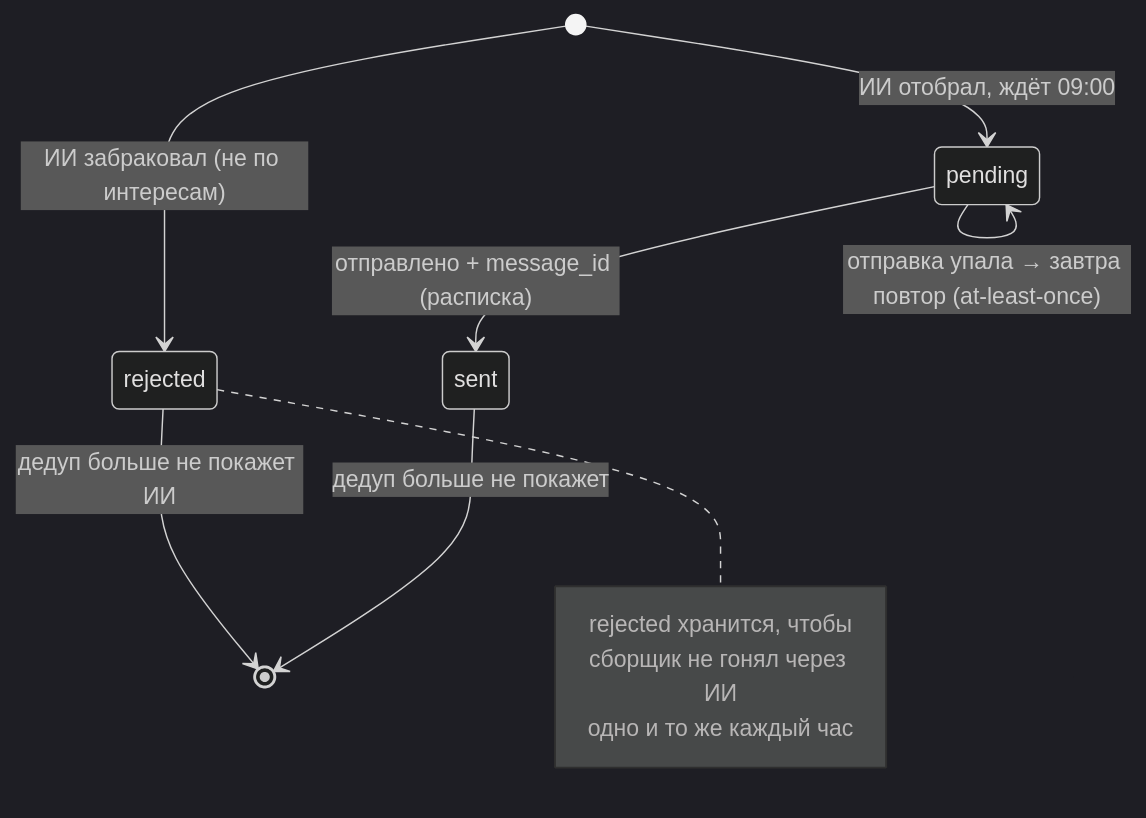
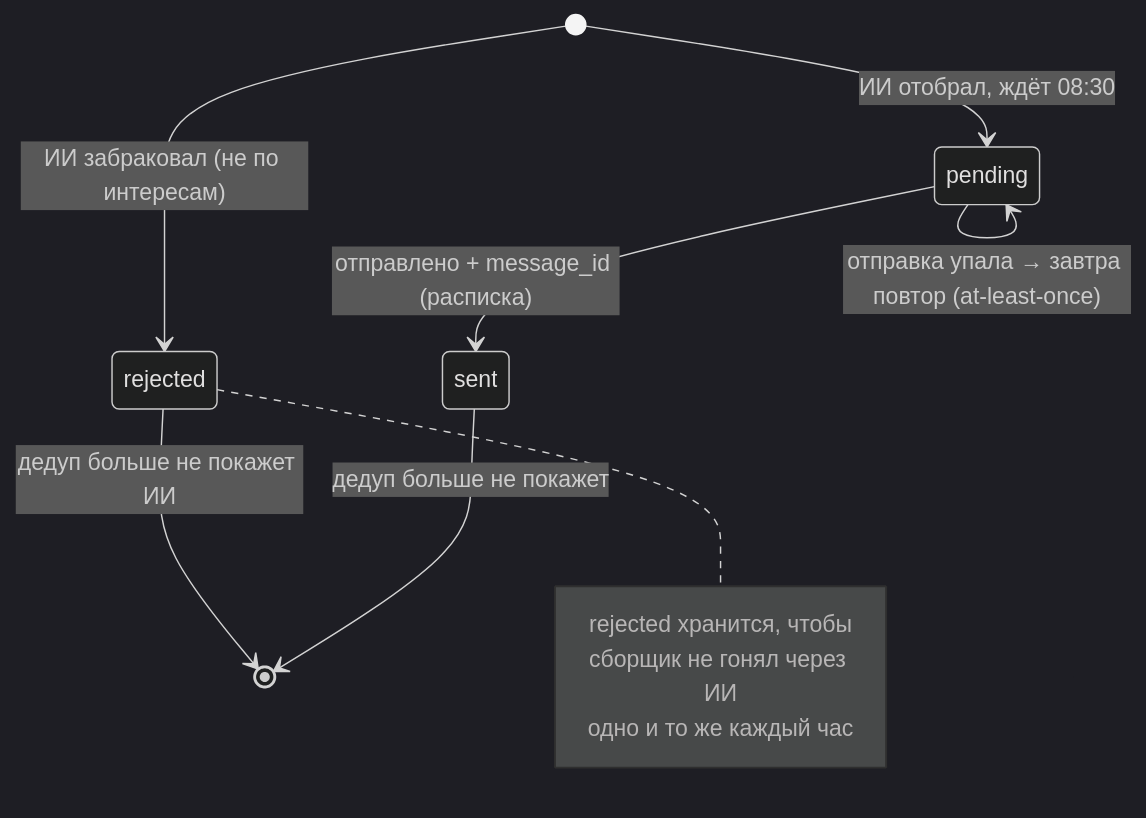
The second of 2 diagrams in СХЕМА.md (vladburba/svc-digest), drawn with Mermaid (dark theme) before and after one commit. The commit also changed other lines of this file and 4 other files, not shown here.

````diff
--- a/СХЕМА.md
+++ b/СХЕМА.md
@@ -43,14 +43,14 @@
 ```mermaid
 stateDiagram-v2
     [*] --> rejected: ИИ забраковал (не по интересам)
-    [*] --> pending: ИИ отобрал, ждёт 09:00
+    [*] --> pending: ИИ отобрал, ждёт 08:30
     pending --> sent: отправлено + message_id (расписка)
     pending --> pending: отправка упала → завтра повтор (at-least-once)
     rejected --> [*]: дедуп больше не покажет ИИ
     sent --> [*]: дедуп больше не покажет
     note right of rejected
         rejected хранится, чтобы
         сборщик не гонял через ИИ
         одно и то же каждый час
     end note
 ```
````
